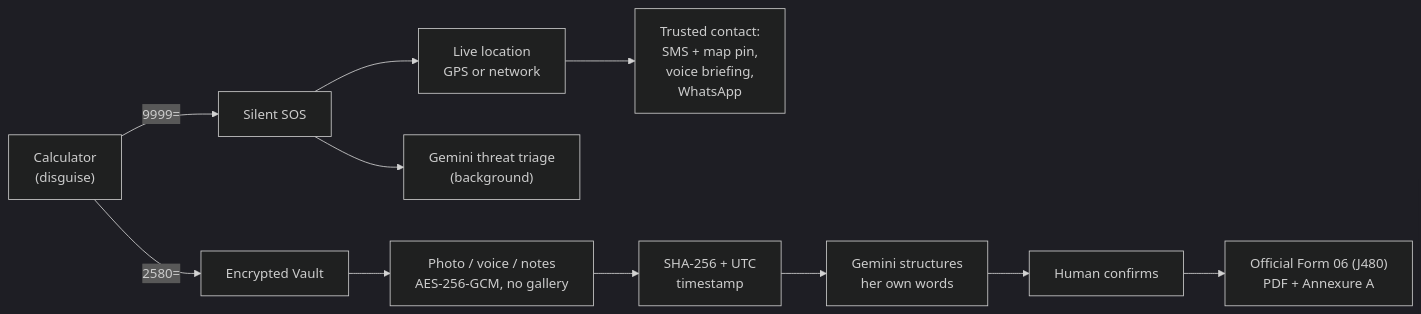
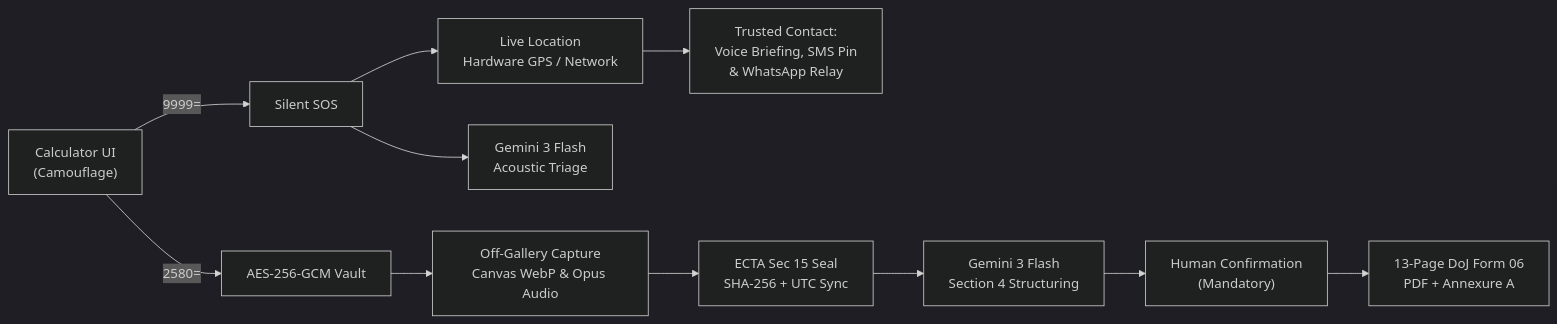
The diagram in README.md (maansjayden/khusela-safeledger), drawn with Mermaid (dark theme) before and after one commit. The commit also changed other lines of this file and 12 other files, not shown here.

Commit message:
docs: add presentation deck, 78s live demo video, sample Form 06 PDF, and submission hub README

````diff
--- a/README.md
+++ b/README.md
@@ -75,13 +117,13 @@
 ```mermaid
 flowchart LR
-    A["Calculator<br/>(disguise)"] -->|"9999="| B["Silent SOS"]
-    A -->|"2580="| C["Encrypted Vault"]
-    B --> D["Live location<br/>GPS or network"]
-    D --> E["Trusted contact:<br/>SMS + map pin,<br/>voice briefing,<br/>WhatsApp"]
-    B --> F["Gemini threat triage<br/>(background)"]
-    C --> G["Photo / voice / notes<br/>AES-256-GCM, no gallery"]
-    G --> H["SHA-256 + UTC<br/>timestamp"]
-    H --> I["Gemini structures<br/>her own words"]
-    I --> J["Human confirms"]
-    J --> K["Official Form 06 (J480)<br/>PDF + Annexure A"]
+    A["Calculator UI<br/>(Camouflage)"] -->|"9999="| B["Silent SOS"]
+    A -->|"2580="| C["AES-256-GCM Vault"]
+    B --> D["Live Location<br/>Hardware GPS / Network"]
+    D --> E["Trusted Contact:<br/>Voice Briefing, SMS Pin<br/>& WhatsApp Relay"]
+    B --> F["Gemini 3 Flash<br/>Acoustic Triage"]
+    C --> G["Off-Gallery Capture<br/>Canvas WebP & Opus Audio"]
+    G --> H["ECTA Sec 15 Seal<br/>SHA-256 + UTC Sync"]
+    H --> I["Gemini 3 Flash<br/>Section 4 Structuring"]
+    I --> J["Human Confirmation<br/>(Mandatory)"]
+    J --> K["13-Page DoJ Form 06<br/>PDF + Annexure A"]
 ```
````
